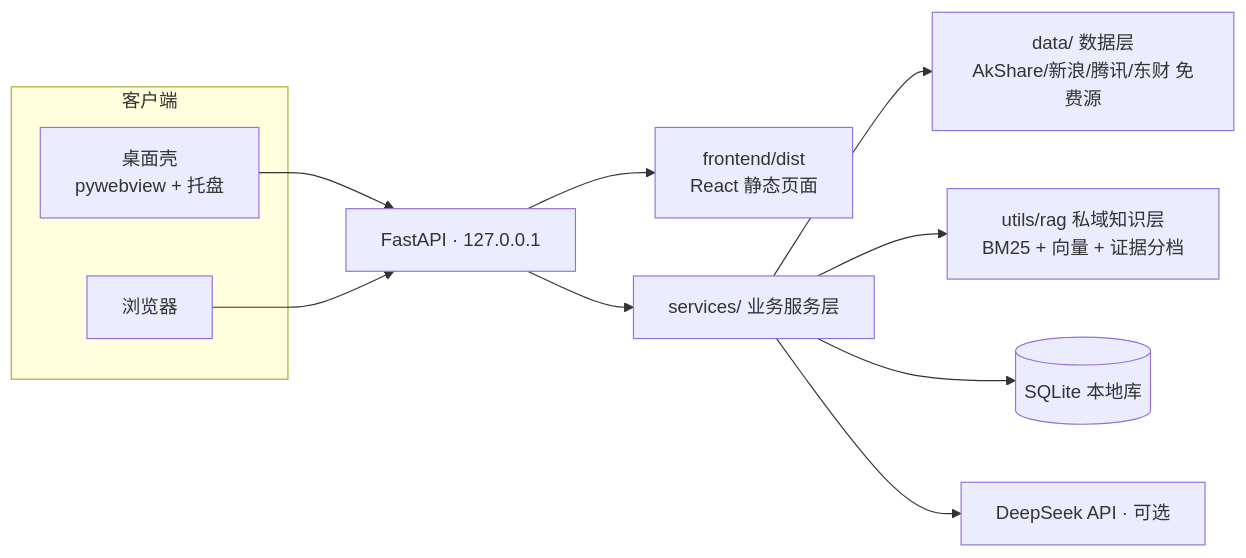
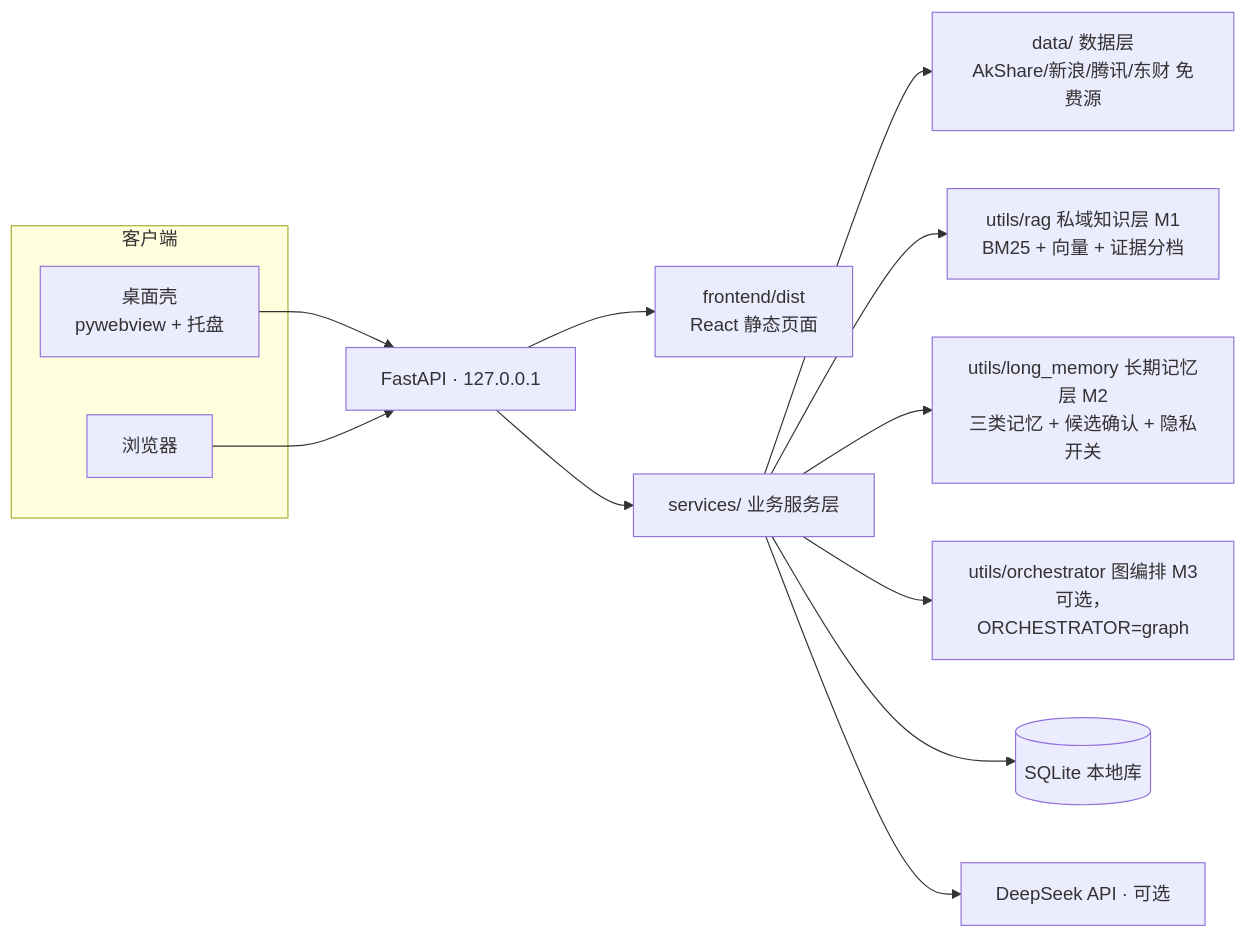
One commit to cx-ssg/invest-concierge changed the diagram in README.md. Above: the diagram before and after it, drawn with Mermaid. The commit also changed other lines of this file and 3 other files, not shown here.

````diff
--- a/README.md
+++ b/README.md
@@ -141,15 +152,17 @@
 ```mermaid
 flowchart LR
     subgraph 客户端
       A[桌面壳<br/>pywebview + 托盘]
       B[浏览器]
     end
     A --> C[FastAPI · 127.0.0.1]
     B --> C
     C --> H[frontend/dist<br/>React 静态页面]
     C --> D[services/ 业务服务层]
     D --> E[data/ 数据层<br/>AkShare/新浪/腾讯/东财 免费源]
-    D --> R[utils/rag 私域知识层<br/>BM25 + 向量 + 证据分档]
+    D --> R[utils/rag 私域知识层 M1<br/>BM25 + 向量 + 证据分档]
+    D --> M[utils/long_memory 长期记忆层 M2<br/>三类记忆 + 候选确认 + 隐私开关]
+    D --> O[utils/orchestrator 图编排 M3<br/>可选，ORCHESTRATOR=graph]
     D --> F[(SQLite 本地库)]
     D --> G[DeepSeek API · 可选]
 ```
````
